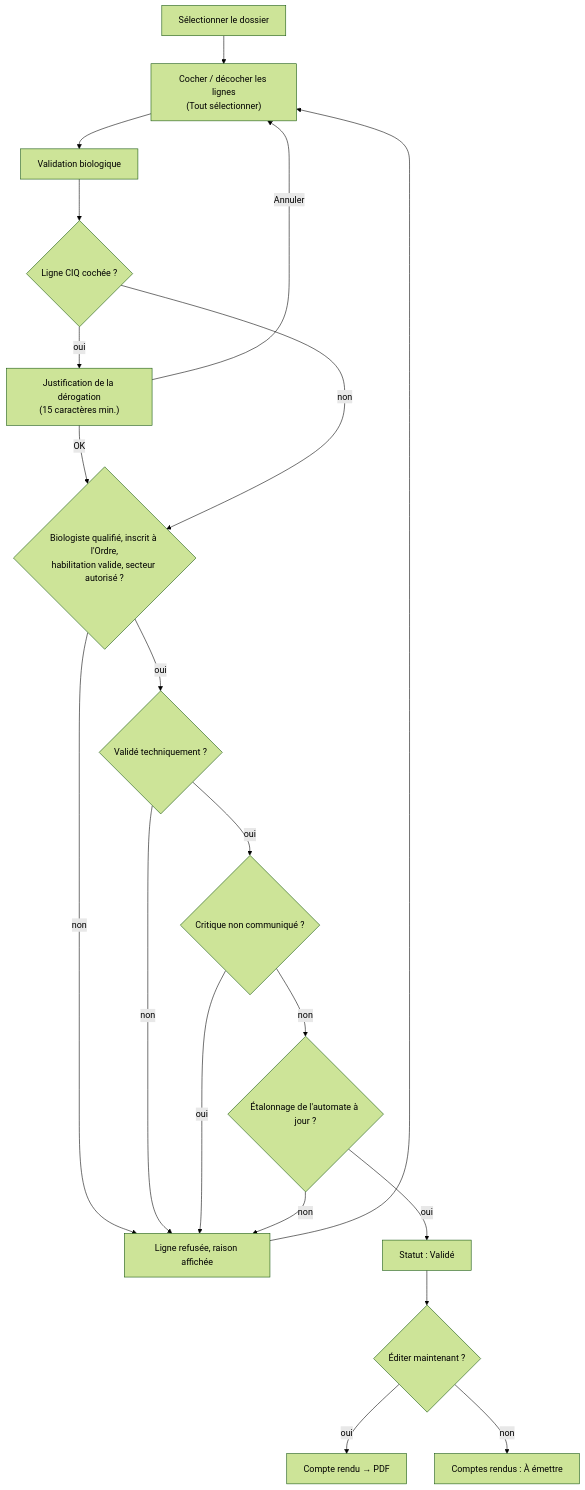
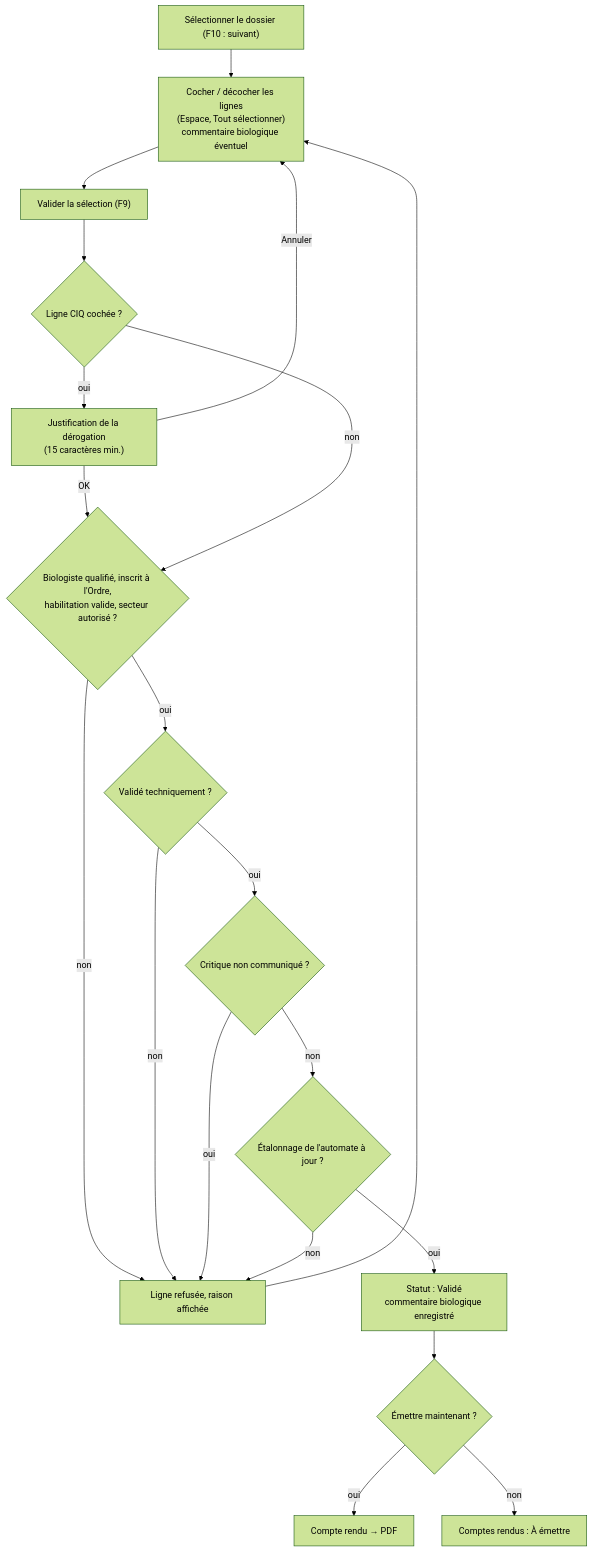
One commit to J4dJad/MarocLis changed the sixth of 10 diagrams in docs/manuel/03-analytique-comptes-rendus.md. Above: the diagram before and after it, drawn with Mermaid (forest theme). The commit also changed other lines of this file and 3 other files, not shown here.

````diff
--- a/docs/manuel/03-analytique-comptes-rendus.md
+++ b/docs/manuel/03-analytique-comptes-rendus.md
@@ -350,22 +488,22 @@
 ```mermaid
 flowchart TD
-    A["Sélectionner le dossier"] --> B["Cocher / décocher les lignes<br/>(Tout sélectionner)"]
-    B --> C["Validation biologique"]
+    A["Sélectionner le dossier (F10 : suivant)"] --> B["Cocher / décocher les lignes<br/>(Espace, Tout sélectionner)<br/>commentaire biologique éventuel"]
+    B --> C["Valider la sélection (F9)"]
     C --> D{"Ligne CIQ cochée ?"}
     D -- "oui" --> D1["Justification de la dérogation<br/>(15 caractères min.)"]
     D1 -- "Annuler" --> B
     D1 -- "OK" --> E
     D -- "non" --> E{"Biologiste qualifié, inscrit à l'Ordre,<br/>habilitation valide, secteur autorisé ?"}
     E -- "non" --> X["Ligne refusée, raison affichée"]
     E -- "oui" --> F{"Validé techniquement ?"}
     F -- "non" --> X
     F -- "oui" --> G{"Critique non communiqué ?"}
     G -- "oui" --> X
     G -- "non" --> H{"Étalonnage de l'automate à jour ?"}
     H -- "non" --> X
-    H -- "oui" --> I["Statut : Validé"]
+    H -- "oui" --> I["Statut : Validé<br/>commentaire biologique enregistré"]
     X --> B
-    I --> J{"Éditer maintenant ?"}
+    I --> J{"Émettre maintenant ?"}
     J -- "oui" --> K["Compte rendu → PDF"]
     J -- "non" --> L["Comptes rendus : À émettre"]
 ```
````
